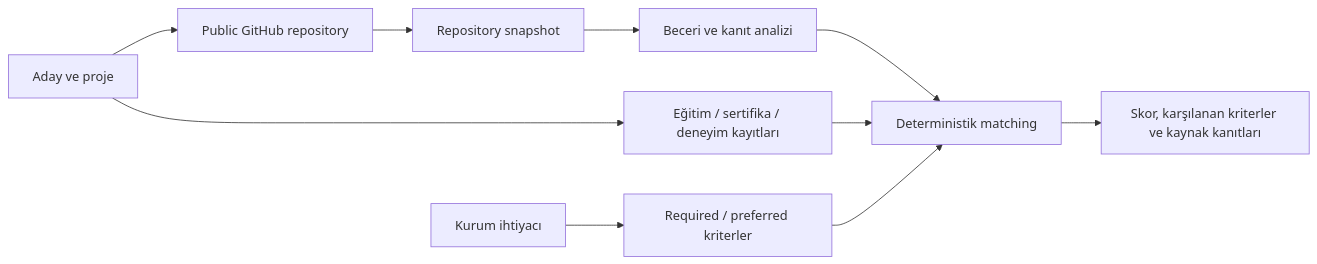
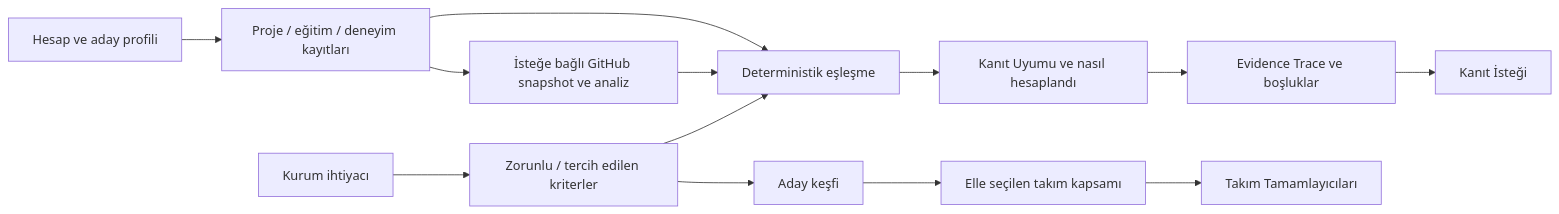
One commit to cgdsgcgll/devora-zeminai changed the first of 2 diagrams in README.md. Above: the diagram before and after it, drawn with Mermaid. The commit also changed other lines of this file, not shown here.

````diff
--- a/README.md
+++ b/README.md
@@ -15,12 +17,15 @@
 ```mermaid
 flowchart LR
-    A[Aday ve proje] --> G[Public GitHub repository]
-    G --> S[Repository snapshot]
-    S --> E[Beceri ve kanıt analizi]
-    N[Kurum ihtiyacı] --> C[Required / preferred kriterler]
-    E --> M[Deterministik matching]
-    A --> P[Eğitim / sertifika / deneyim kayıtları]
-    P --> M
+    A[Hesap ve aday profili] --> P[Proje / eğitim / deneyim kayıtları]
+    P --> G[İsteğe bağlı GitHub snapshot ve analiz]
+    P --> M[Deterministik eşleşme]
+    G --> M
+    N[Kurum ihtiyacı] --> C[Zorunlu / tercih edilen kriterler]
     C --> M
-    M --> R[Skor, karşılanan kriterler ve kaynak kanıtları]
+    M --> R[Kanıt Uyumu ve nasıl hesaplandı]
+    R --> T[Evidence Trace ve boşluklar]
+    C --> D[Aday keşfi]
+    D --> U[Elle seçilen takım kapsamı]
+    U --> K[Takım Tamamlayıcıları]
+    T --> Q[Kanıt İsteği]
 ```
````
